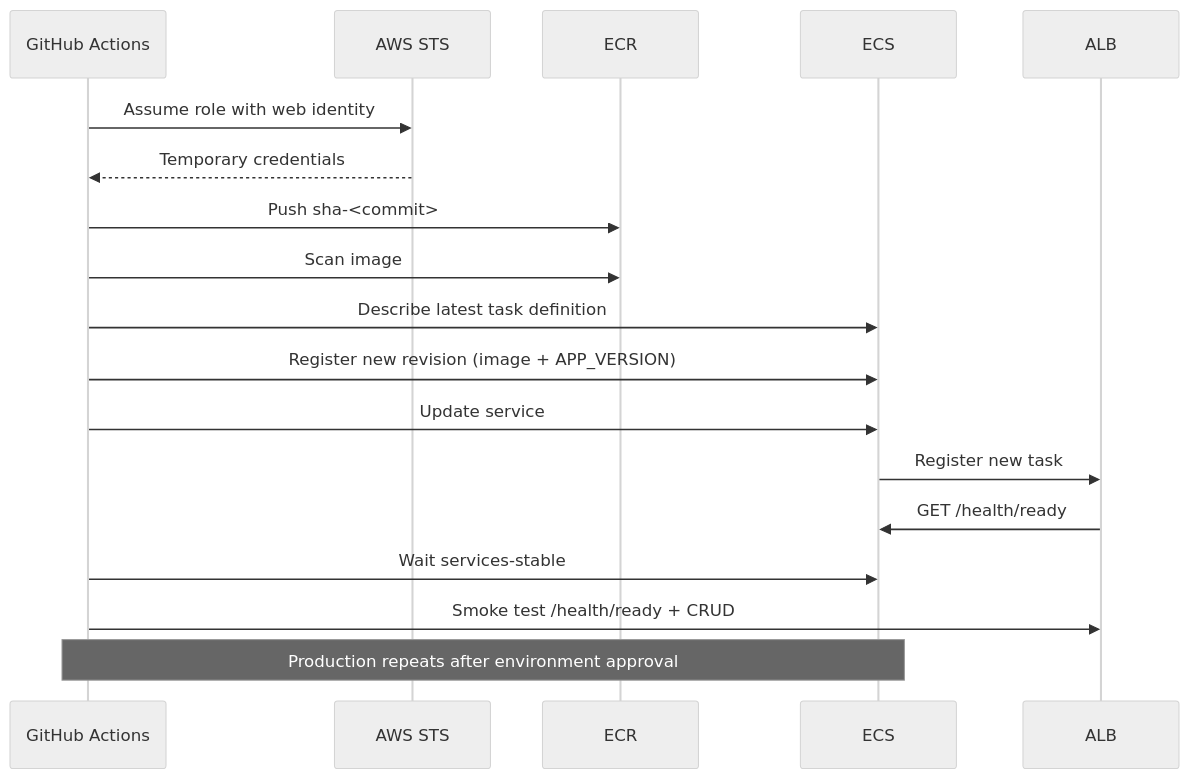
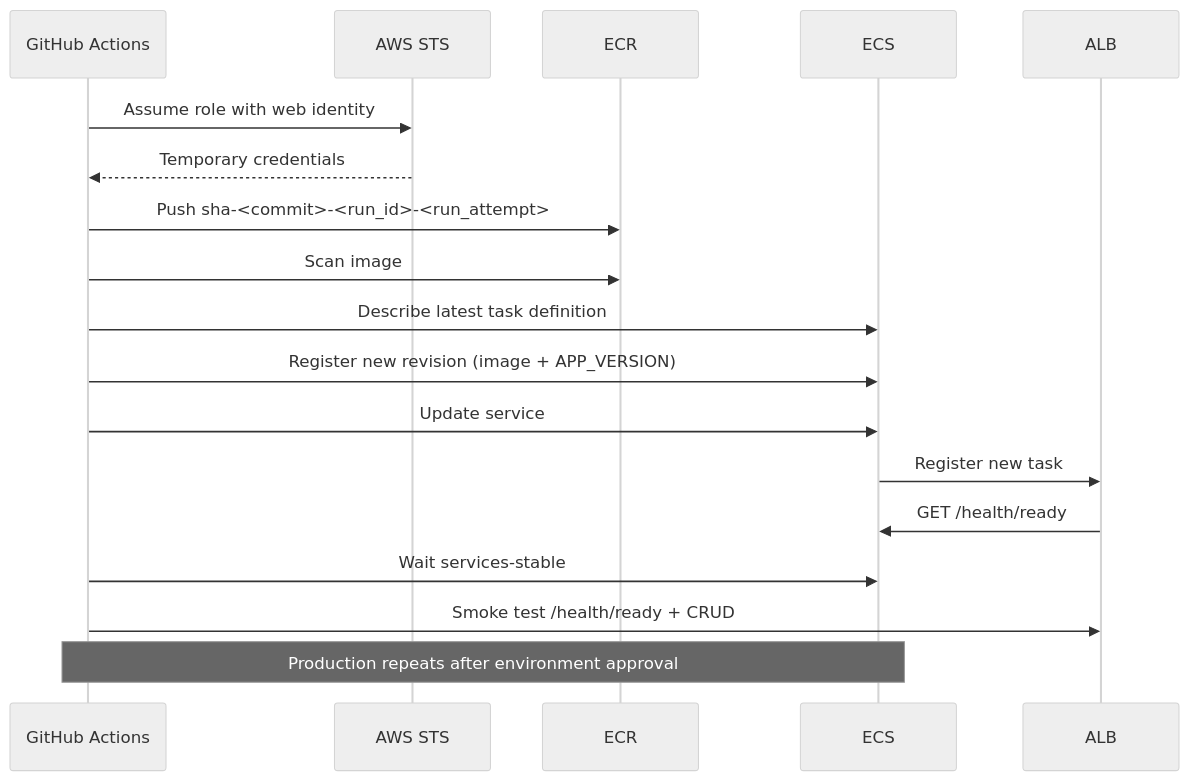
The second of 2 diagrams in docs/architecture.md (pnkjshrma99/8byte-devops-assignment), drawn with Mermaid (neutral theme) before and after one commit. The commit also changed 7 other files, not shown here.

````diff
--- a/docs/architecture.md
+++ b/docs/architecture.md
@@ -42,21 +42,21 @@
 ```mermaid
 sequenceDiagram
     participant GH as GitHub Actions
     participant OIDC as AWS STS
     participant ECR as ECR
     participant ECS as ECS
     participant ALB as ALB
 
     GH->>OIDC: Assume role with web identity
     OIDC-->>GH: Temporary credentials
-    GH->>ECR: Push sha-<commit>
+    GH->>ECR: Push sha-<commit>-<run_id>-<run_attempt>
     GH->>ECR: Scan image
     GH->>ECS: Describe latest task definition
     GH->>ECS: Register new revision (image + APP_VERSION)
     GH->>ECS: Update service
     ECS->>ALB: Register new task
     ALB->>ECS: GET /health/ready
     GH->>ECS: Wait services-stable
     GH->>ALB: Smoke test /health/ready + CRUD
     Note over GH,ECS: Production repeats after environment approval
 ```
````
